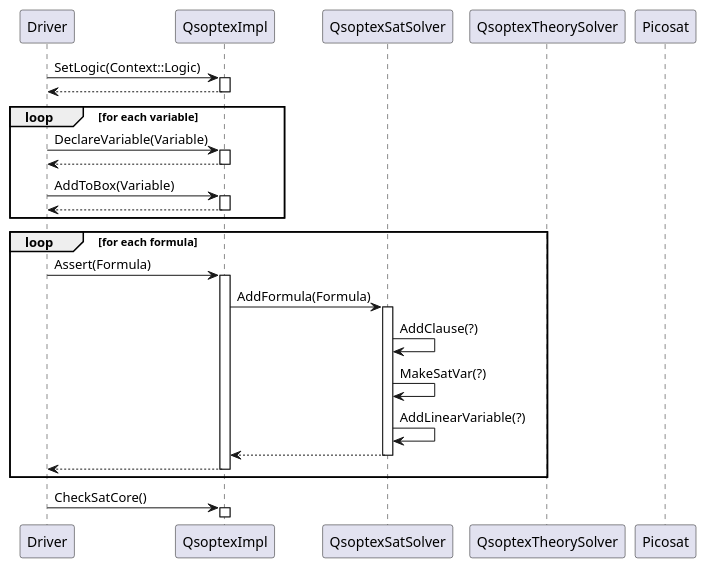
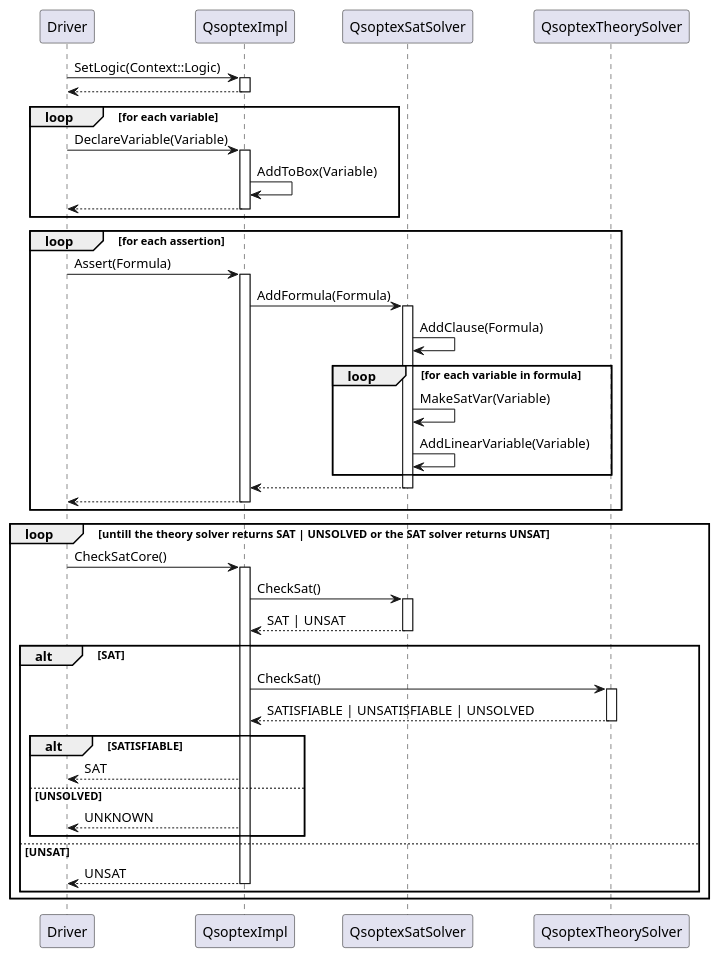
Before and after one commit to TendTo/dlinear: the diagram in docs/thesis/diagrams/sequence/qsoptex.puml, drawn with PlantUML. The commit also changed 8 other files, not shown here.

```diff
--- a/docs/thesis/diagrams/sequence/qsoptex.puml
+++ b/docs/thesis/diagrams/sequence/qsoptex.puml
@@ -1,31 +1,47 @@
 @startuml qsoptex
 
 participant Driver
 participant QsoptexImpl
 participant QsoptexSatSolver
 participant QsoptexTheorySolver
-participant Picosat
 
 Driver -> QsoptexImpl ++: SetLogic(Context::Logic)
 return
 
 loop for each variable
     Driver -> QsoptexImpl ++: DeclareVariable(Variable)
-    return
-    Driver -> QsoptexImpl ++: AddToBox(Variable)
+    QsoptexImpl -> QsoptexImpl : AddToBox(Variable)
     return
 end
 
-loop for each formula
+loop for each assertion
     Driver -> QsoptexImpl ++: Assert(Formula)
     QsoptexImpl -> QsoptexSatSolver ++: AddFormula(Formula)
-    QsoptexSatSolver -> QsoptexSatSolver : AddClause(?)
-    QsoptexSatSolver -> QsoptexSatSolver : MakeSatVar(?)
-    QsoptexSatSolver -> QsoptexSatSolver : AddLinearVariable(?)
+    QsoptexSatSolver -> QsoptexSatSolver : AddClause(Formula)
+    loop for each variable in formula
+        QsoptexSatSolver -> QsoptexSatSolver : MakeSatVar(Variable)
+        QsoptexSatSolver -> QsoptexSatSolver : AddLinearVariable(Variable)
+    end
     return
     return
 end
 
-Driver -> QsoptexImpl ++: CheckSatCore()
+loop untill the theory solver returns SAT | UNSOLVED or the SAT solver returns UNSAT
+    Driver -> QsoptexImpl ++: CheckSatCore()
+    QsoptexImpl -> QsoptexSatSolver ++: CheckSat()
+    return SAT | UNSAT
+
+    alt SAT
+        QsoptexImpl -> QsoptexTheorySolver ++: CheckSat()
+        return SATISFIABLE | UNSATISFIABLE | UNSOLVED
+        alt SATISFIABLE
+            QsoptexImpl --> Driver : SAT
+        else UNSOLVED
+            QsoptexImpl --> Driver : UNKNOWN
+        end
+    else UNSAT
+        return UNSAT
+    end
+end
 
 @enduml
```
